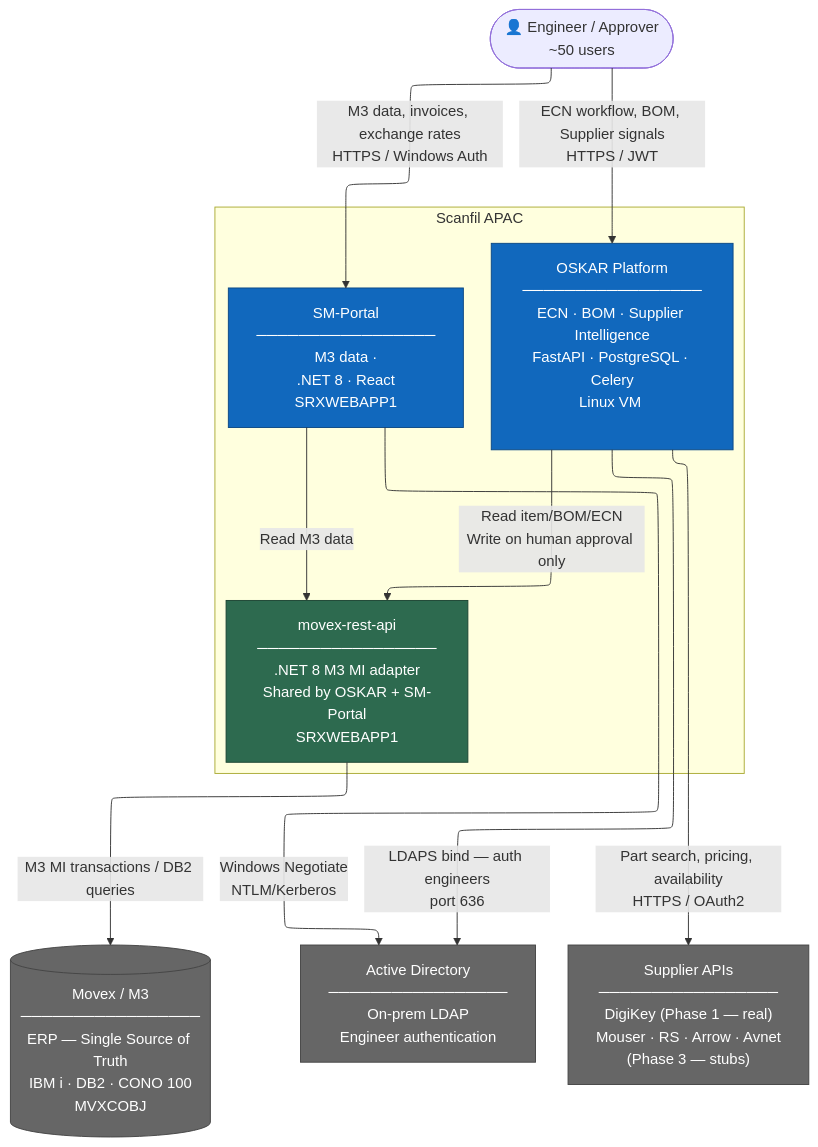
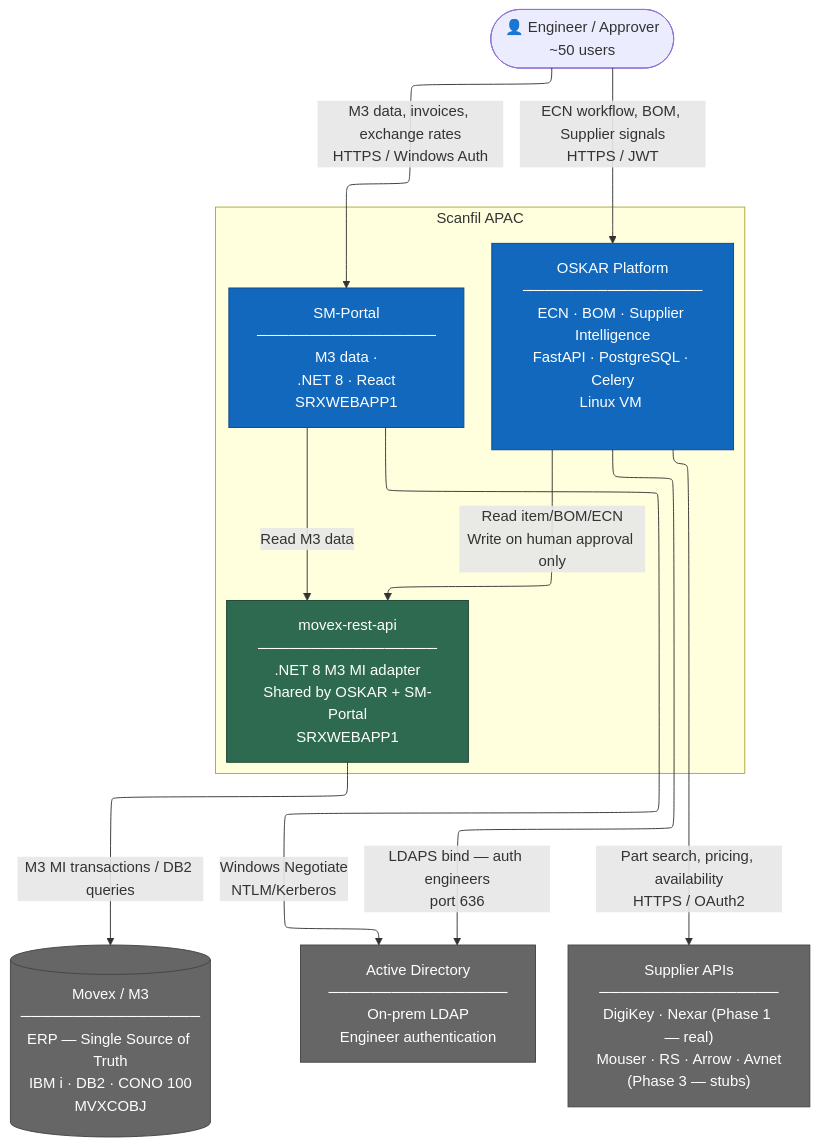
Before and after one commit to hsalazar-srx/Oskar: the first of 18 diagrams in ai/memory/03-oskar-architecture.md, drawn with Mermaid. The commit also changed other lines of this file and 12 other files, not shown here.

First line of the commit message:
feat(supplier): S3-3 stock code autofill — DigiKey → Nexar → Movex enrichment

````diff
--- a/ai/memory/03-oskar-architecture.md
+++ b/ai/memory/03-oskar-architecture.md
@@ -30,38 +30,38 @@
 ```mermaid
 ---
 config:
   theme: light
   layout: elk
   look: classic
 ---
 graph TB
   classDef person    fill:#08427b,color:#fff,stroke:#052e56
   classDef system    fill:#1168bd,color:#fff,stroke:#0b4884
   classDef external  fill:#666,color:#fff,stroke:#444
   classDef shared    fill:#2d6a4f,color:#fff,stroke:#1b4332
 
   E(["👤 Engineer / Approver<br/>~50 users"])
 
   subgraph Scanfil_APAC["Scanfil APAC"]
     OSKAR["OSKAR Platform<br/>─────────────────<br/>ECN · BOM · Supplier Intelligence<br/>FastAPI · PostgreSQL · Celery<br/>Linux VM <br/>"]:::system
     OSKAR["OSKAR Platform<br/>─────────────────<br/>ECN · BOM · Supplier Intelligence<br/>FastAPI · PostgreSQL · Celery<br/>Linux VM <br/><br/>"]:::system
     SMP["SM-Portal<br/>─────────────────<br/>M3 data · <br/>.NET 8 · React<br/>SRXWEBAPP1"]:::system
     MAPI["movex-rest-api<br/>─────────────────<br/>.NET 8 M3 MI adapter<br/>Shared by OSKAR + SM-Portal<br/>SRXWEBAPP1"]:::shared
   end
 
   MOVEX[("Movex / M3<br/>─────────────────<br/>ERP — Single Source of Truth<br/>IBM i · DB2 · CONO 100<br/>MVXCOBJ")]:::external
   AD["Active Directory<br/>─────────────────<br/>On-prem LDAP<br/>Engineer authentication"]:::external
-  SUPPLIERS["Supplier APIs<br/>─────────────────<br/>DigiKey (Phase 1 — real)<br/>Mouser · RS · Arrow · Avnet<br/>(Phase 3 — stubs)"]:::external
+  SUPPLIERS["Supplier APIs<br/>─────────────────<br/>DigiKey · Nexar (Phase 1 — real)<br/>Mouser · RS · Arrow · Avnet<br/>(Phase 3 — stubs)"]:::external
 
   E -->|"ECN workflow, BOM, Supplier signals<br/>HTTPS / JWT"| OSKAR
   E -->|"M3 data, invoices, exchange rates<br/>HTTPS / Windows Auth"| SMP
 
   OSKAR -->|"Read item/BOM/ECN<br/>Write on human approval only"| MAPI
   SMP   -->|"Read M3 data"| MAPI
   MAPI  -->|"M3 MI transactions / DB2 queries"| MOVEX
 
   OSKAR -->|"LDAPS bind — auth engineers<br/>port 636"| AD
   SMP   -->|"Windows Negotiate<br/>NTLM/Kerberos"| AD
 
   OSKAR -->|"Part search, pricing, availability<br/>HTTPS / OAuth2"| SUPPLIERS
 ```
````
